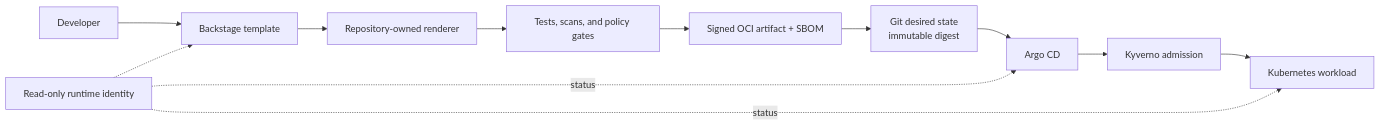
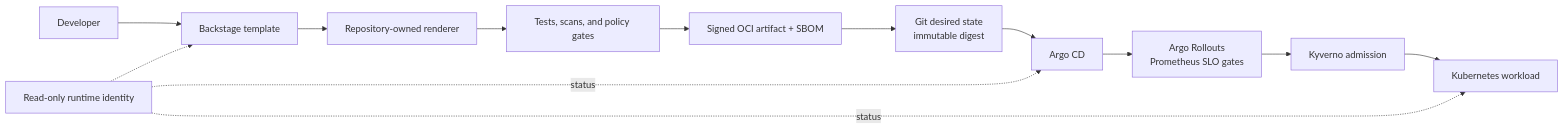
The diagram in README.md (SecureCloudOps/ForgePath), drawn with Mermaid before and after one commit. The commit also changed other lines of this file and 35 other files, not shown here.

````diff
--- a/README.md
+++ b/README.md
@@ -29,14 +29,15 @@
 ```mermaid
 flowchart LR
   developer["Developer"] --> backstage["Backstage template"]
   backstage --> renderer["Repository-owned renderer"]
   renderer --> validation["Tests, scans, and policy gates"]
   validation --> artifact["Signed OCI artifact + SBOM"]
   artifact --> git["Git desired state<br/>immutable digest"]
   git --> argocd["Argo CD"]
-  argocd --> kyverno["Kyverno admission"]
+  argocd --> rollouts["Argo Rollouts<br/>Prometheus SLO gates"]
+  rollouts --> kyverno["Kyverno admission"]
   kyverno --> workload["Kubernetes workload"]
   reader["Read-only runtime identity"] -. status .-> workload
   reader -. status .-> argocd
   reader -.-> backstage
 ```
````
